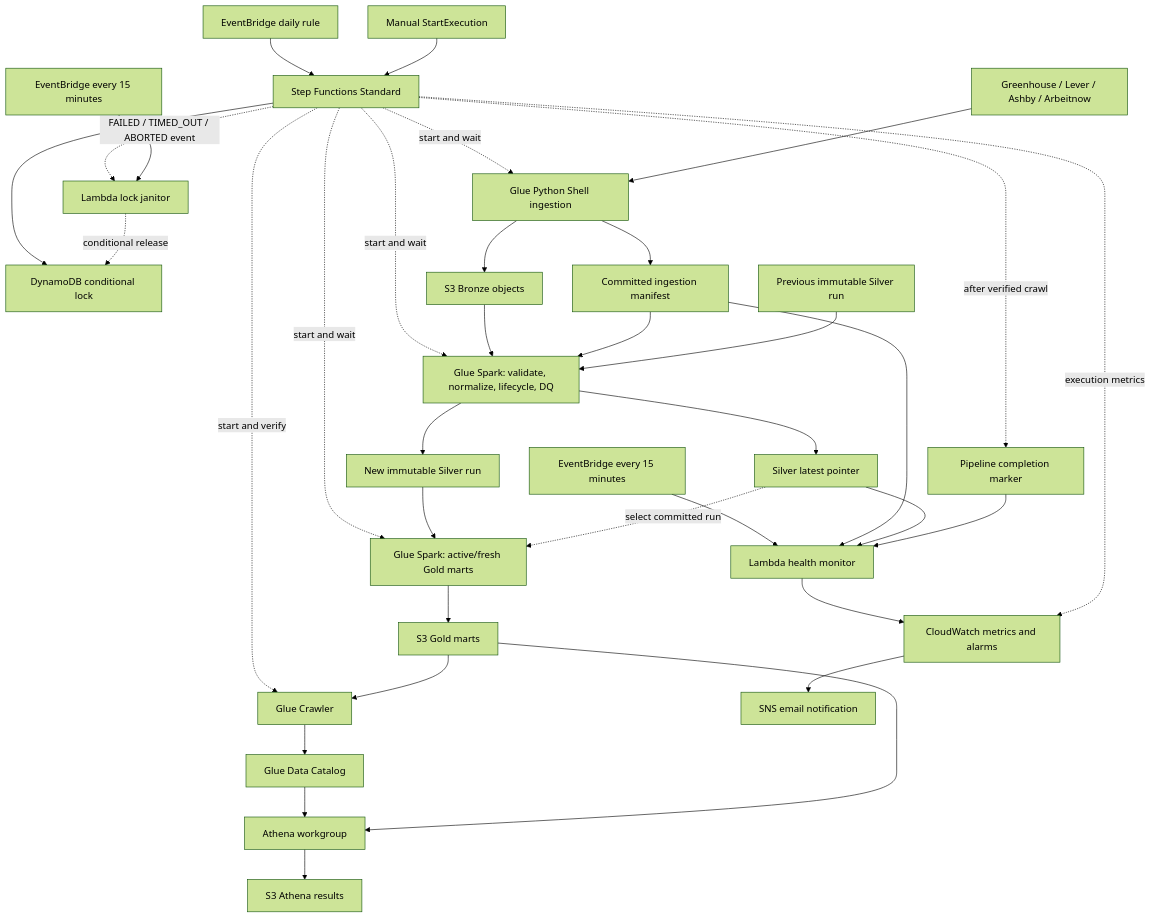
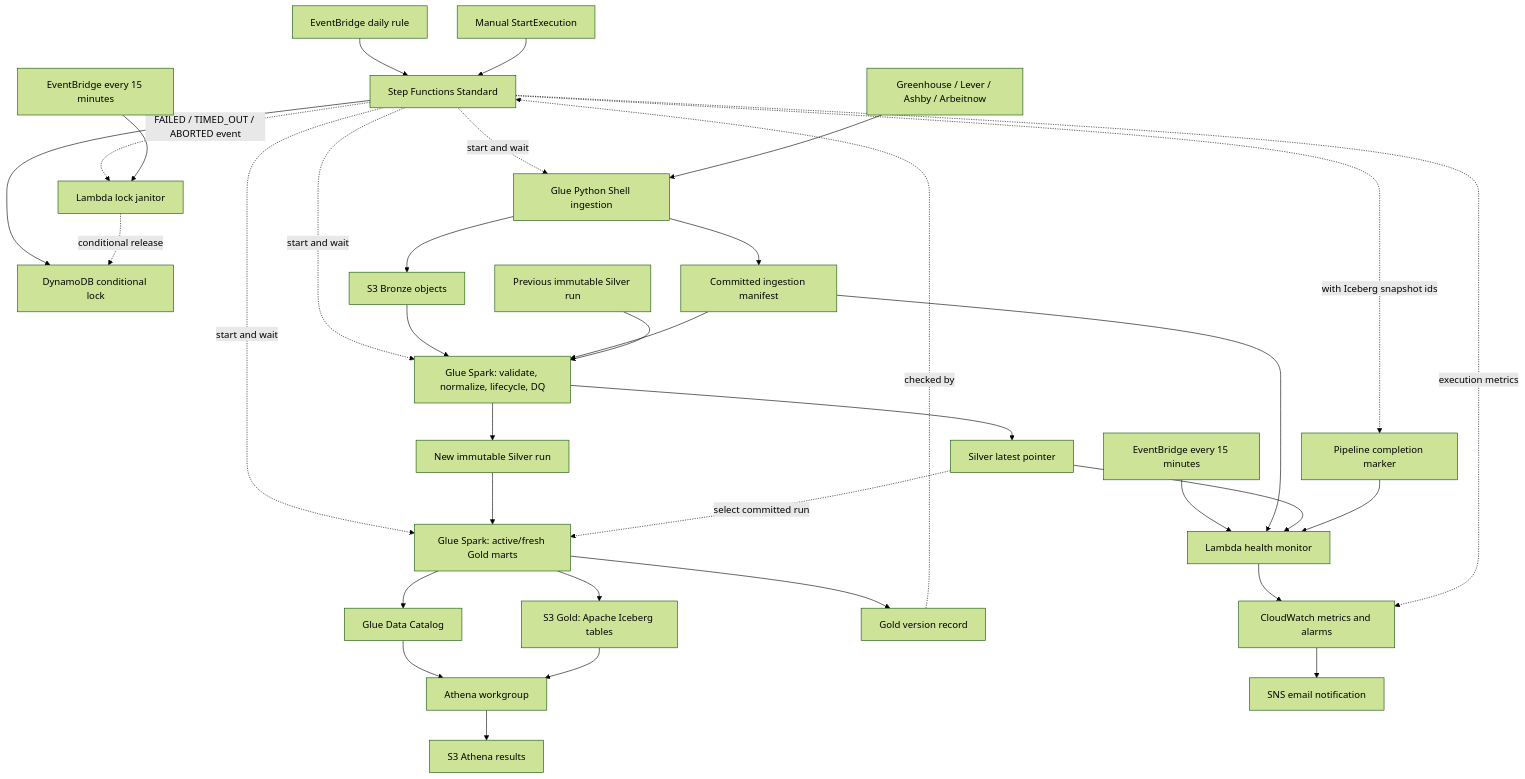
Before and after one commit to Viluoicode/Job-Market-Pipeline-cloud: the second of 2 diagrams in docs/architecture.md, drawn with Mermaid (forest theme). The commit also changed other lines of this file and 29 other files, not shown here.

First line of the commit message:
feat(gold): chuyển reader sang Iceberg, bỏ crawler (5.1 giai đoạn B)

````diff
--- a/docs/architecture.md
+++ b/docs/architecture.md
@@ -38,38 +38,38 @@
 ```mermaid
 flowchart TD
     SCHEDULE[EventBridge daily rule] --> SFN[Step Functions Standard]
     MANUAL[Manual StartExecution] --> SFN
     SFN --> LOCK[DynamoDB conditional lock]
     SFN -. start and wait .-> INGEST[Glue Python Shell ingestion]
     SFN -. start and wait .-> SILVER
     SFN -. start and wait .-> GOLD
     ATS[Greenhouse / Lever / Ashby / Arbeitnow] --> INGEST
     INGEST --> BRONZE[S3 Bronze objects]
     INGEST --> MANIFEST[Committed ingestion manifest]
     BRONZE --> SILVER[Glue Spark: validate, normalize, lifecycle, DQ]
     MANIFEST --> SILVER
     PREVIOUS[Previous immutable Silver run] --> SILVER
     SILVER --> SILVER_RUN[New immutable Silver run]
     SILVER --> SILVER_STATE[Silver latest pointer]
     SILVER_RUN --> GOLD[Glue Spark: active/fresh Gold marts]
     SILVER_STATE -. select committed run .-> GOLD
-    GOLD --> GOLD_DATA[S3 Gold marts]
-    SFN -. start and verify .-> CRAWLER[Glue Crawler]
-    GOLD_DATA --> CRAWLER
-    CRAWLER --> CATALOG[Glue Data Catalog]
+    GOLD --> GOLD_DATA[S3 Gold: Apache Iceberg tables]
+    GOLD --> CATALOG[Glue Data Catalog]
+    GOLD --> VERSIONS[Gold version record]
     CATALOG --> ATHENA[Athena workgroup]
     GOLD_DATA --> ATHENA
     ATHENA --> RESULTS[S3 Athena results]
-    SFN -. after verified crawl .-> COMPLETE[Pipeline completion marker]
+    VERSIONS -. checked by .-> SFN
+    SFN -. with Iceberg snapshot ids .-> COMPLETE[Pipeline completion marker]
 
     MONITOR_SCHEDULE[EventBridge every 15 minutes] --> MONITOR[Lambda health monitor]
     MANIFEST --> MONITOR
     SILVER_STATE --> MONITOR
     COMPLETE --> MONITOR
     MONITOR --> METRICS[CloudWatch metrics and alarms]
     SFN -. execution metrics .-> METRICS
     METRICS --> SNS[SNS email notification]
     SFN -. FAILED / TIMED_OUT / ABORTED event .-> JANITOR[Lambda lock janitor]
     JANITOR_SCHEDULE[EventBridge every 15 minutes] --> JANITOR
     JANITOR -. conditional release .-> LOCK
 ```
````
